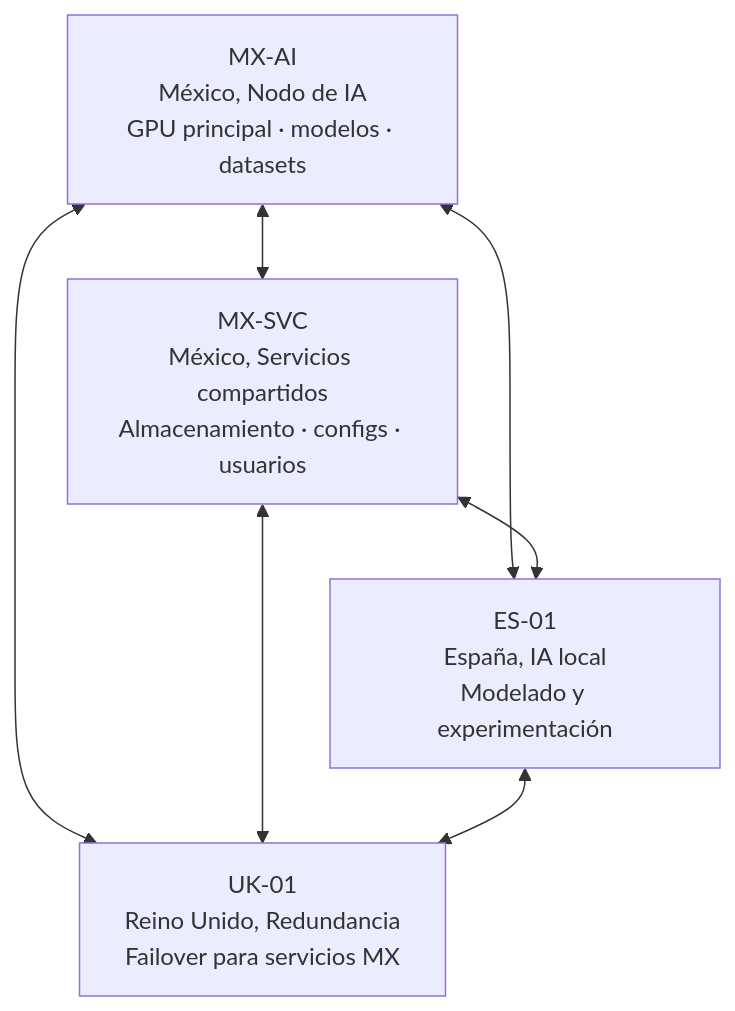
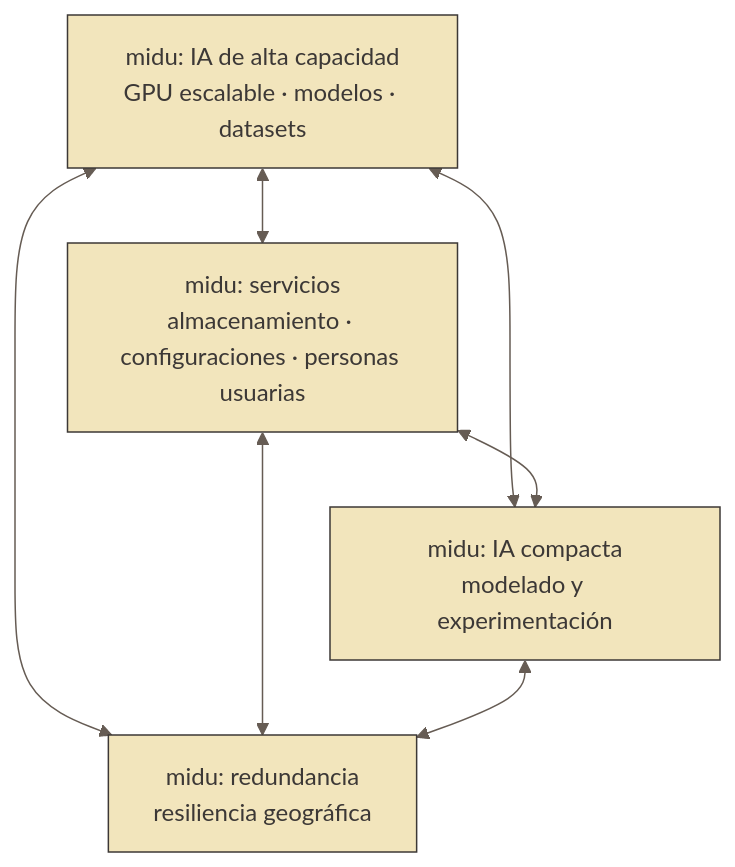
The diagram in base_de_conocimientos/midu/arquitectura/almacenamiento_federado.md (alfabeto-digital/conspiratorios_populares_de_las_soberanias), drawn with Mermaid before and after one commit. The commit also changed other lines of this file and 25 other files, not shown here.

````diff
--- a/base_de_conocimientos/midu/arquitectura/almacenamiento_federado.md
+++ b/base_de_conocimientos/midu/arquitectura/almacenamiento_federado.md
@@ -226,14 +151,15 @@
 ```mermaid
+%%{init: {'theme': 'base', 'themeVariables': {'background': '#fbf1c7','primaryColor': '#f2e5bc','primaryBorderColor': '#3c3836','primaryTextColor': '#3c3836','lineColor': '#665c54','edgeLabelBackground': '#fbf1c7','clusterBkg': '#f9f5d7','clusterBorder': '#a89984'}}}%%
 graph TD
-    MX_AI["MX-AI\nMéxico, Nodo de IA\nGPU principal · modelos · datasets"]
-    MX_SVC["MX-SVC\nMéxico, Servicios compartidos\nAlmacenamiento · configs · usuarios"]
-    ES_01["ES-01\nEspaña, IA local\nModelado y experimentación"]
-    UK_01["UK-01\nReino Unido, Redundancia\nFailover para servicios MX"]
+    IA_ALTA["midu: IA de alta capacidad\nGPU escalable · modelos · datasets"]
+    SERVICIOS["midu: servicios\nalmacenamiento · configuraciones · personas usuarias"]
+    IA_COMPACTA["midu: IA compacta\nmodelado y experimentación"]
+    REDUNDANCIA["midu: redundancia\nresiliencia geográfica"]
 
-    MX_AI <--> MX_SVC
-    MX_AI <--> ES_01
-    MX_AI <--> UK_01
-    MX_SVC <--> ES_01
-    MX_SVC <--> UK_01
-    ES_01 <--> UK_01
+    IA_ALTA <--> SERVICIOS
+    IA_ALTA <--> IA_COMPACTA
+    IA_ALTA <--> REDUNDANCIA
+    SERVICIOS <--> IA_COMPACTA
+    SERVICIOS <--> REDUNDANCIA
+    IA_COMPACTA <--> REDUNDANCIA
 ```
````
